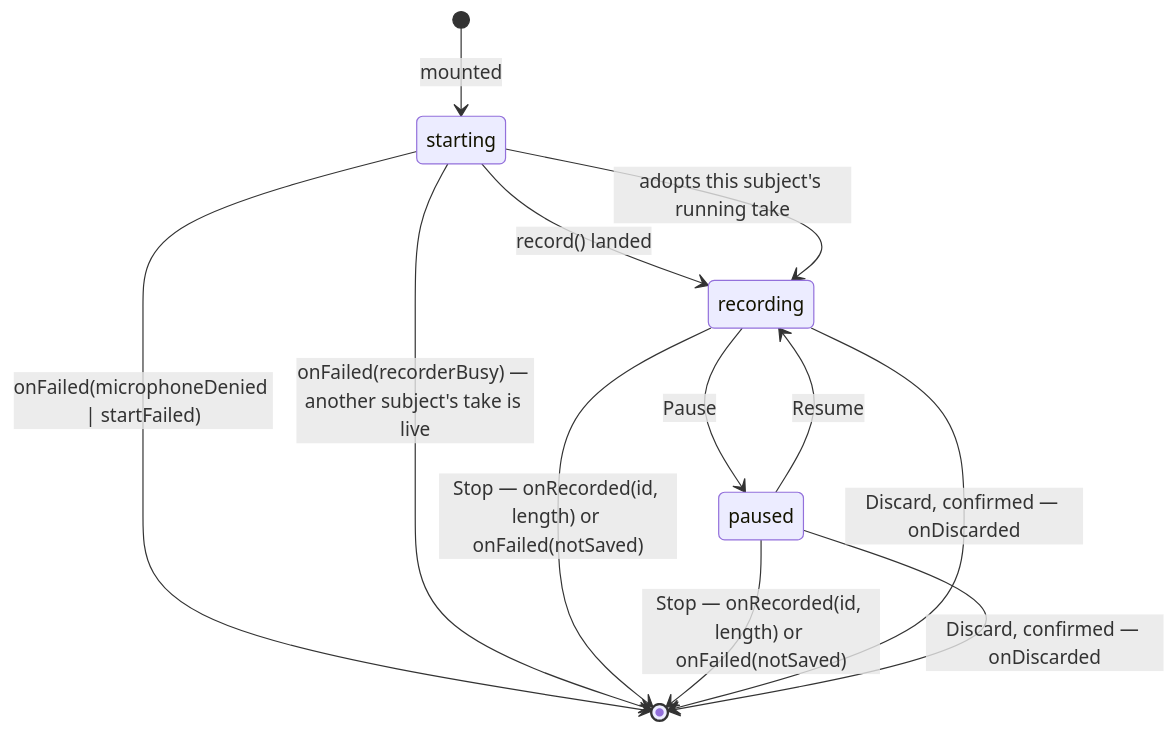
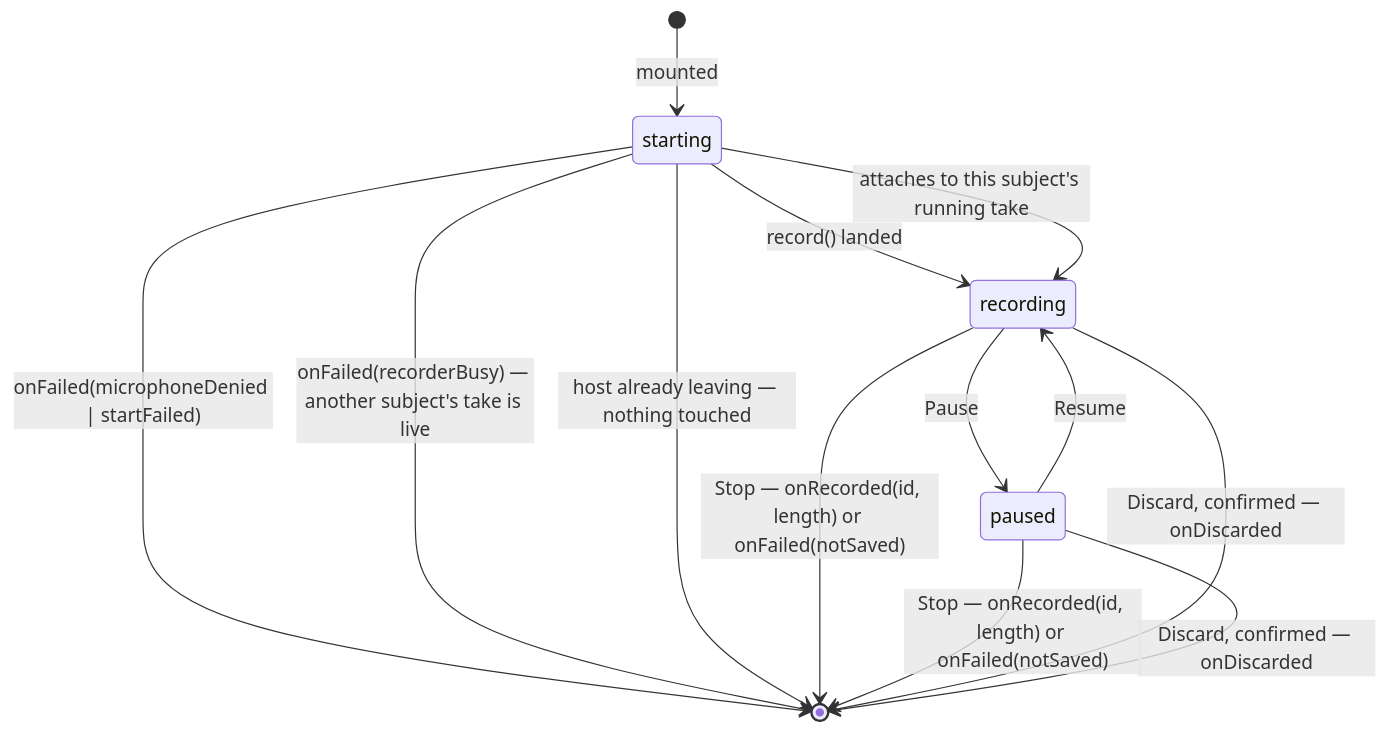
The first of 2 diagrams in knowledge/features/speech/recording-ui.md (matthiasn/lotti), drawn with Mermaid before and after one commit. The commit also changed other lines of this file and 34 other files, not shown here.

Commit message:
fix(goals): a recording running elsewhere can be stopped from the check-in sheet; review fixes for the recorder, the save and the reflection day

````diff
--- a/knowledge/features/speech/recording-ui.md
+++ b/knowledge/features/speech/recording-ui.md
@@ -124,14 +124,15 @@
 ```mermaid
 stateDiagram-v2
     [*] --> starting: mounted
     starting --> recording: record() landed
     starting --> [*]: onFailed(microphoneDenied | startFailed)
     starting --> [*]: onFailed(recorderBusy) — another subject's take is live
-    starting --> recording: adopts this subject's running take
+    starting --> recording: attaches to this subject's running take
+    starting --> [*]: host already leaving — nothing touched
     recording --> paused: Pause
     paused --> recording: Resume
     recording --> [*]: Stop — onRecorded(id, length) or onFailed(notSaved)
     paused --> [*]: Stop — onRecorded(id, length) or onFailed(notSaved)
     recording --> [*]: Discard, confirmed — onDiscarded
     paused --> [*]: Discard, confirmed — onDiscarded
 ```
````
